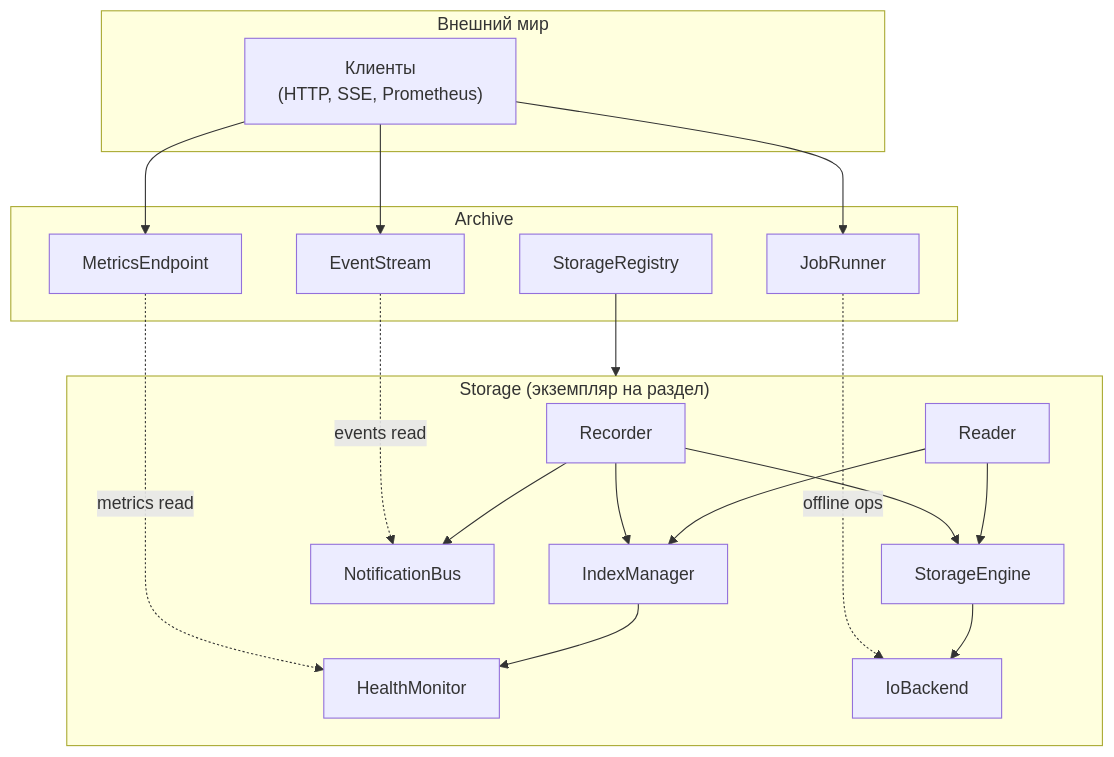
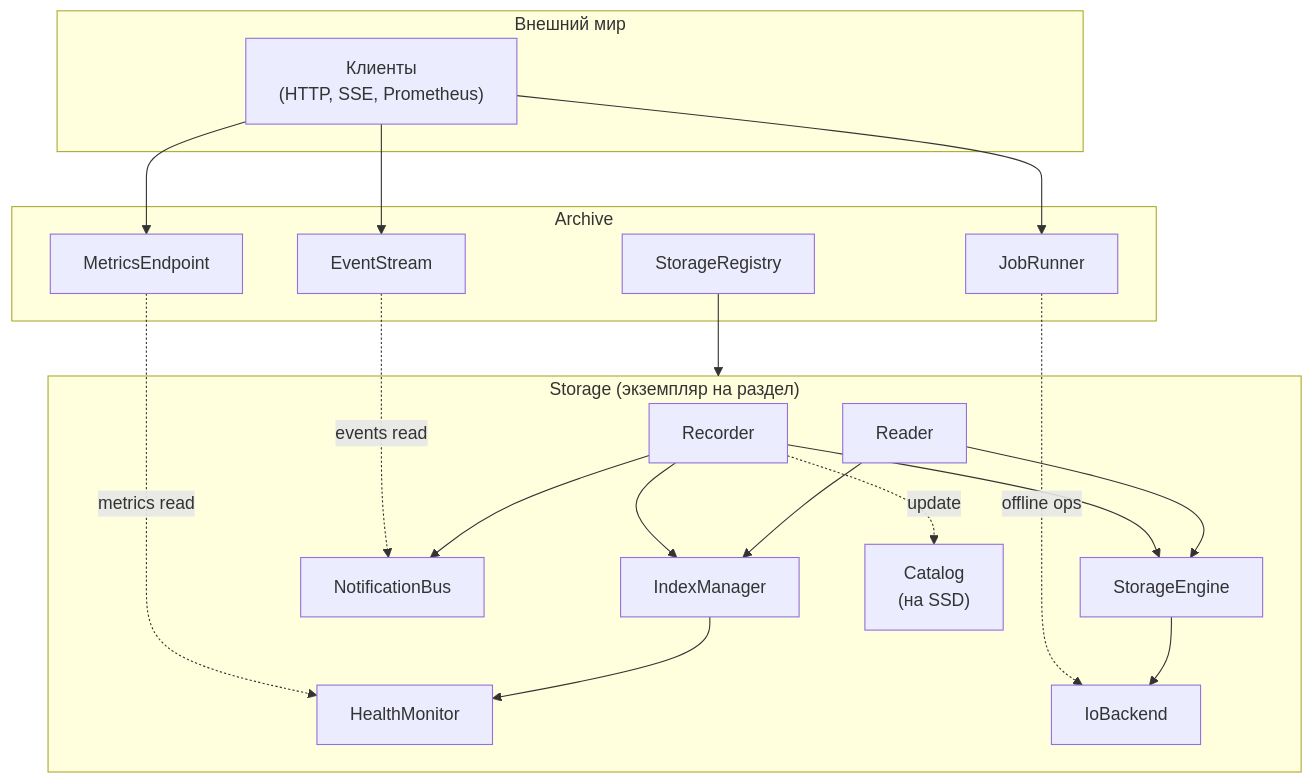
One commit to traycers/farc changed the second of 5 diagrams in docs/docs/archive/01-storage.md. Above: the diagram before and after it, drawn with Mermaid. The commit also changed other lines of this file and 3 other files, not shown here.

````diff
--- a/docs/docs/archive/01-storage.md
+++ b/docs/docs/archive/01-storage.md
@@ -91,40 +98,42 @@
 ```mermaid
 graph TB
     subgraph External["Внешний мир"]
         Client["Клиенты<br/>(HTTP, SSE, Prometheus)"]
     end
 
     subgraph ArchiveLayer["Archive"]
         Metrics["MetricsEndpoint"]
         Events["EventStream"]
         Jobs["JobRunner"]
         Registry["StorageRegistry"]
     end
 
     subgraph StorageLayer["Storage (экземпляр на раздел)"]
         Recorder
         Reader
         IndexManager
         NotificationBus
         HealthMonitor
         StorageEngine
         IoBackend
+        Catalog["Catalog<br/>(на SSD)"]
     end
 
     Client --> Metrics
     Client --> Events
     Client --> Jobs
 
     Registry --> StorageLayer
     Metrics -.metrics read.-> HealthMonitor
     Events -.events read.-> NotificationBus
     Jobs -.offline ops.-> IoBackend
 
     Recorder --> IndexManager
     Recorder --> StorageEngine
     Recorder --> NotificationBus
+    Recorder -.update.-> Catalog
     Reader --> IndexManager
     Reader --> StorageEngine
     IndexManager --> HealthMonitor
     StorageEngine --> IoBackend
 ```
````
